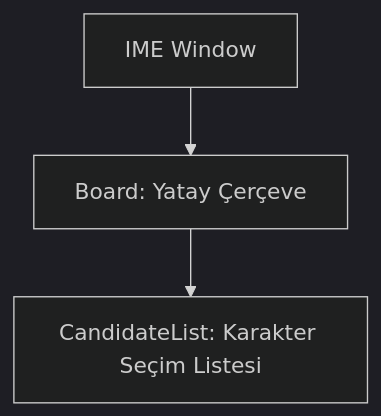
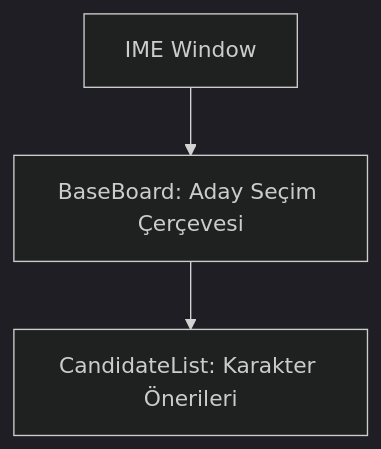
Before and after one commit to Engin622/Metin2-Pack-Agent-Skills: the diagram in uiscript/imekor/skills.md, drawn with Mermaid (dark theme). The commit also changed other lines of this file and 65 other files, not shown here.

````diff
--- a/uiscript/imekor/skills.md
+++ b/uiscript/imekor/skills.md
@@ -29,5 +23,5 @@
 ```mermaid
 graph TD
-    A[IME Window] --> B[Board: Yatay Çerçeve]
-    B --> C[CandidateList: Karakter Seçim Listesi]
+    A[IME Window] --> B[BaseBoard: Aday Seçim Çerçevesi]
+    B --> C[CandidateList: Karakter Önerileri]
 ```
````
